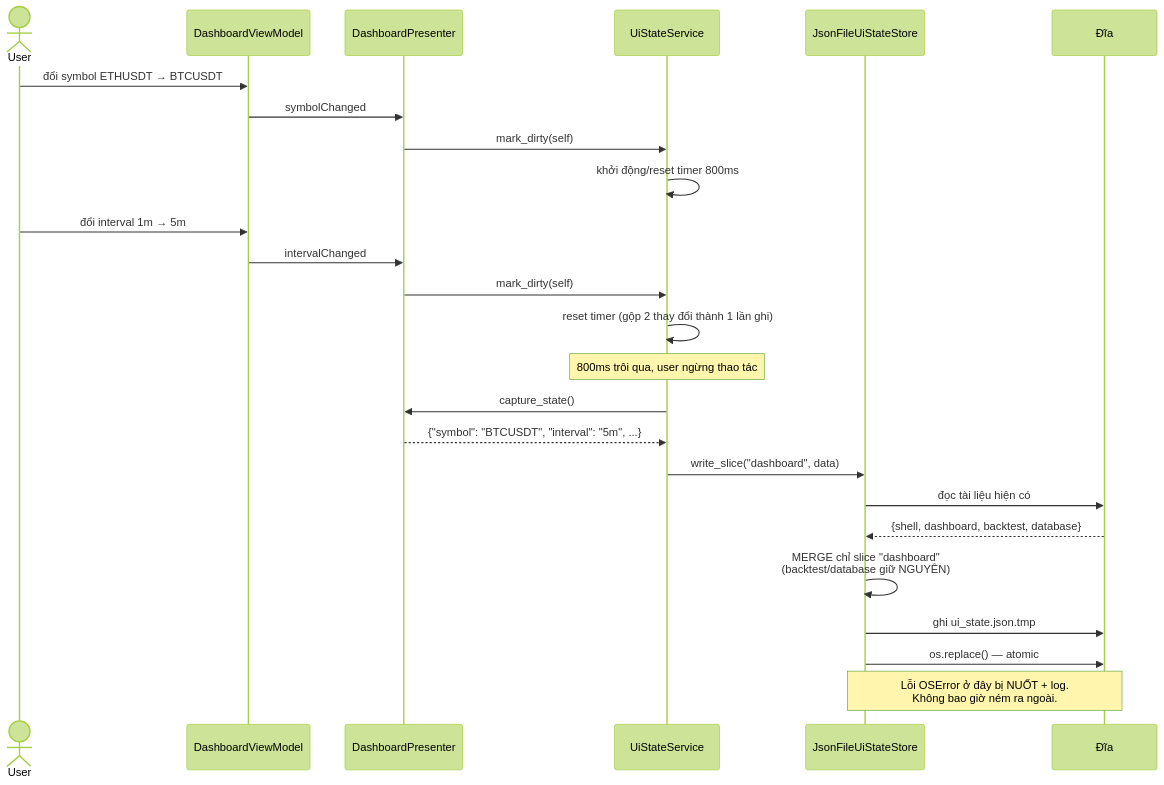
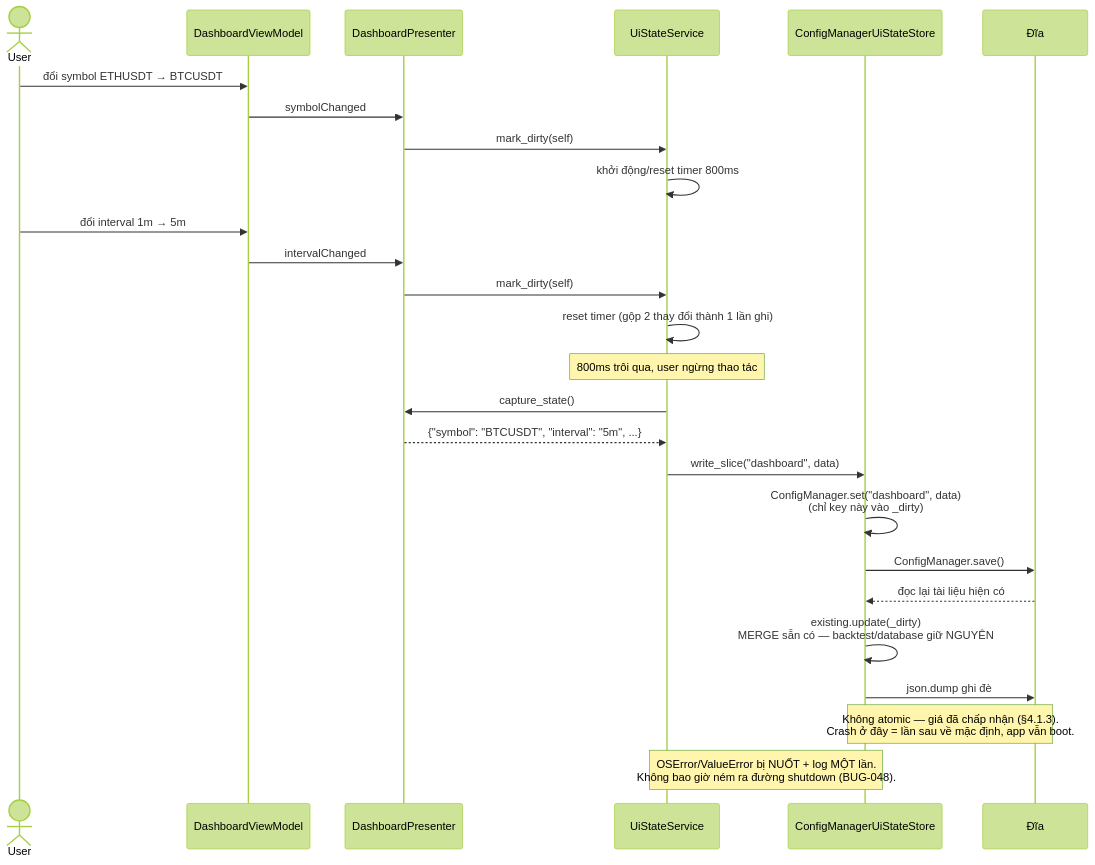
The eighth of 12 diagrams in Tasks/epics/EPIC-010_ghi_nho_gia_tri_cuoi/design/DESIGN_2026-08-25_ui_state_persistence.md (anhembedded/Sagittarius_Elite_Warrior), drawn with Mermaid (forest theme) before and after one commit. The commit also changed other lines of this file and 2 other files, not shown here.

````diff
--- a/Tasks/epics/EPIC-010_ghi_nho_gia_tri_cuoi/design/DESIGN_2026-08-25_ui_state_persistence.md
+++ b/Tasks/epics/EPIC-010_ghi_nho_gia_tri_cuoi/design/DESIGN_2026-08-25_ui_state_persistence.md
@@ -573,30 +702,31 @@
 ```mermaid
 sequenceDiagram
     actor U as User
     participant VM as DashboardViewModel
     participant DP as DashboardPresenter
     participant SVC as UiStateService
-    participant ST as JsonFileUiStateStore
+    participant ST as ConfigManagerUiStateStore
     participant FS as Đĩa
 
     U->>VM: đổi symbol ETHUSDT → BTCUSDT
     VM->>DP: symbolChanged
     DP->>SVC: mark_dirty(self)
     SVC->>SVC: khởi động/reset timer 800ms
 
     U->>VM: đổi interval 1m → 5m
     VM->>DP: intervalChanged
     DP->>SVC: mark_dirty(self)
     SVC->>SVC: reset timer (gộp 2 thay đổi thành 1 lần ghi)
 
     Note over SVC: 800ms trôi qua, user ngừng thao tác
     SVC->>DP: capture_state()
     DP-->>SVC: {"symbol": "BTCUSDT", "interval": "5m", ...}
     SVC->>ST: write_slice("dashboard", data)
-    ST->>FS: đọc tài liệu hiện có
-    FS-->>ST: {shell, dashboard, backtest, database}
-    ST->>ST: MERGE chỉ slice "dashboard"<br/>(backtest/database giữ NGUYÊN)
-    ST->>FS: ghi ui_state.json.tmp
-    ST->>FS: os.replace() — atomic
-    Note over ST,FS: Lỗi OSError ở đây bị NUỐT + log.<br/>Không bao giờ ném ra ngoài.
+    ST->>ST: ConfigManager.set("dashboard", data)<br/>(chỉ key này vào _dirty)
+    ST->>FS: ConfigManager.save()
+    FS-->>ST: đọc lại tài liệu hiện có
+    ST->>ST: existing.update(_dirty)<br/>MERGE sẵn có — backtest/database giữ NGUYÊN
+    ST->>FS: json.dump ghi đè
+    Note over ST,FS: Không atomic — giá đã chấp nhận (§4.1.3).<br/>Crash ở đây = lần sau về mặc định, app vẫn boot.
+    Note over SVC,ST: OSError/ValueError bị NUỐT + log MỘT lần.<br/>Không bao giờ ném ra đường shutdown (BUG-048).
 ```
````
